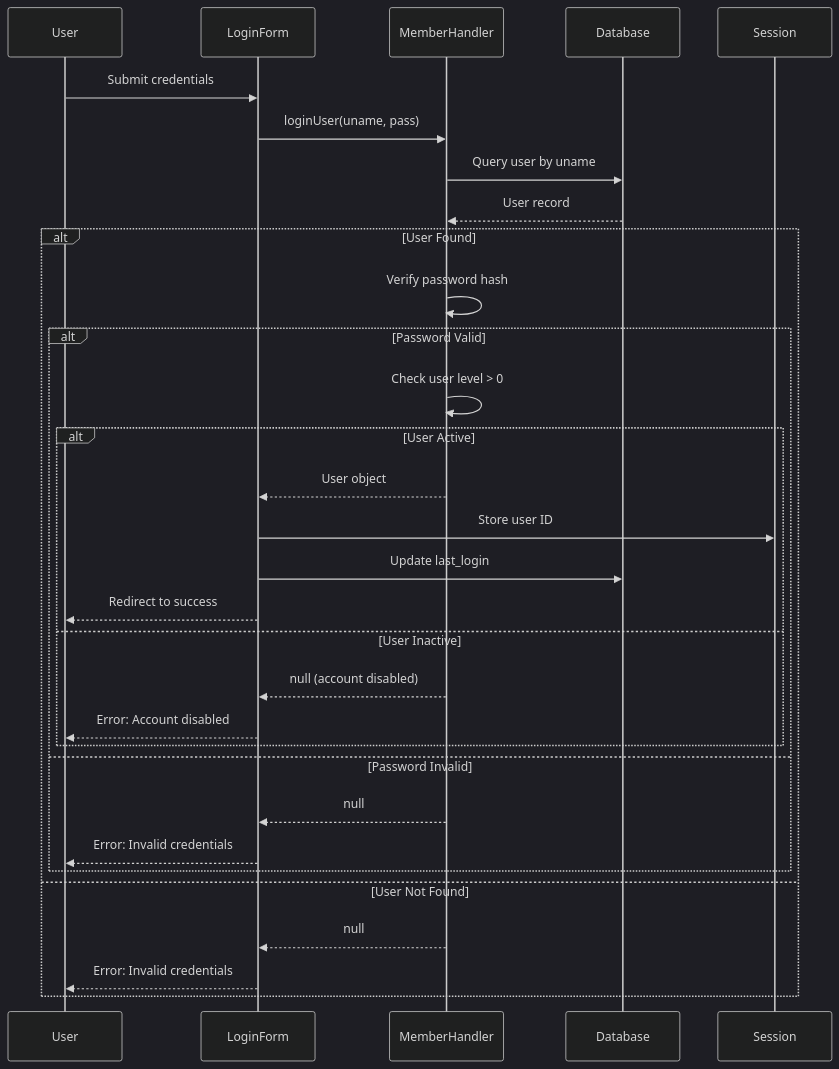
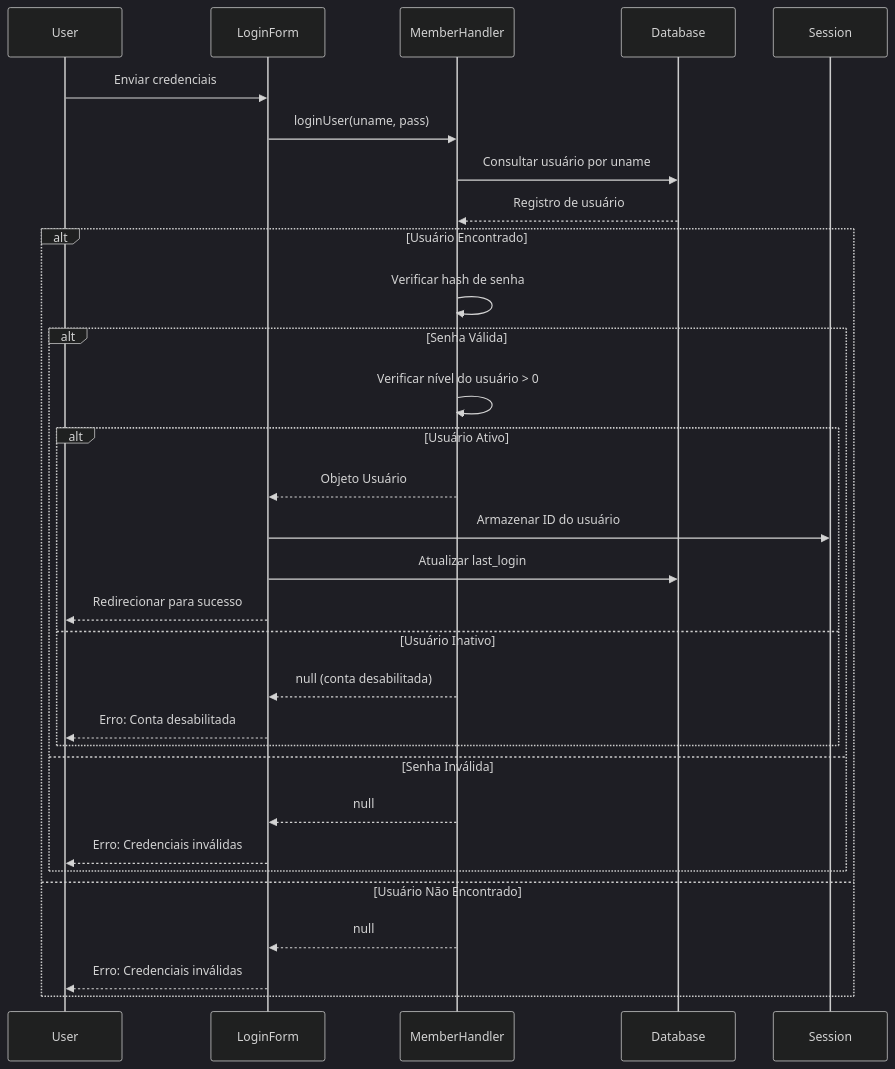
Before and after one commit to mambax7/xoops-docs: the second of 4 diagrams in apps/docs-27/src/content/docs/pt/api-reference/user/xoops-user.md, drawn with Mermaid (dark theme). The commit also changed other lines of this file and 162 other files, not shown here.

````diff
--- a/apps/docs-27/src/content/docs/pt/api-reference/user/xoops-user.md
+++ b/apps/docs-27/src/content/docs/pt/api-reference/user/xoops-user.md
@@ -240,35 +240,35 @@
 ```mermaid
 sequenceDiagram
     participant User
     participant LoginForm
     participant MemberHandler
     participant Database
     participant Session
 
-    User->>LoginForm: Submit credentials
+    User->>LoginForm: Enviar credenciais
     LoginForm->>MemberHandler: loginUser(uname, pass)
-    MemberHandler->>Database: Query user by uname
-    Database-->>MemberHandler: User record
+    MemberHandler->>Database: Consultar usuário por uname
+    Database-->>MemberHandler: Registro de usuário
 
-    alt User Found
-        MemberHandler->>MemberHandler: Verify password hash
-        alt Password Valid
-            MemberHandler->>MemberHandler: Check user level > 0
-            alt User Active
-                MemberHandler-->>LoginForm: User object
-                LoginForm->>Session: Store user ID
-                LoginForm->>Database: Update last_login
-                LoginForm-->>User: Redirect to success
-            else User Inactive
-                MemberHandler-->>LoginForm: null (account disabled)
-                LoginForm-->>User: Error: Account disabled
+    alt Usuário Encontrado
+        MemberHandler->>MemberHandler: Verificar hash de senha
+        alt Senha Válida
+            MemberHandler->>MemberHandler: Verificar nível do usuário > 0
+            alt Usuário Ativo
+                MemberHandler-->>LoginForm: Objeto Usuário
+                LoginForm->>Session: Armazenar ID do usuário
+                LoginForm->>Database: Atualizar last_login
+                LoginForm-->>User: Redirecionar para sucesso
+            else Usuário Inativo
+                MemberHandler-->>LoginForm: null (conta desabilitada)
+                LoginForm-->>User: Erro: Conta desabilitada
             end
-        else Password Invalid
+        else Senha Inválida
             MemberHandler-->>LoginForm: null
-            LoginForm-->>User: Error: Invalid credentials
+            LoginForm-->>User: Erro: Credenciais inválidas
         end
-    else User Not Found
+    else Usuário Não Encontrado
         MemberHandler-->>LoginForm: null
-        LoginForm-->>User: Error: Invalid credentials
+        LoginForm-->>User: Erro: Credenciais inválidas
     end
 ```
````
